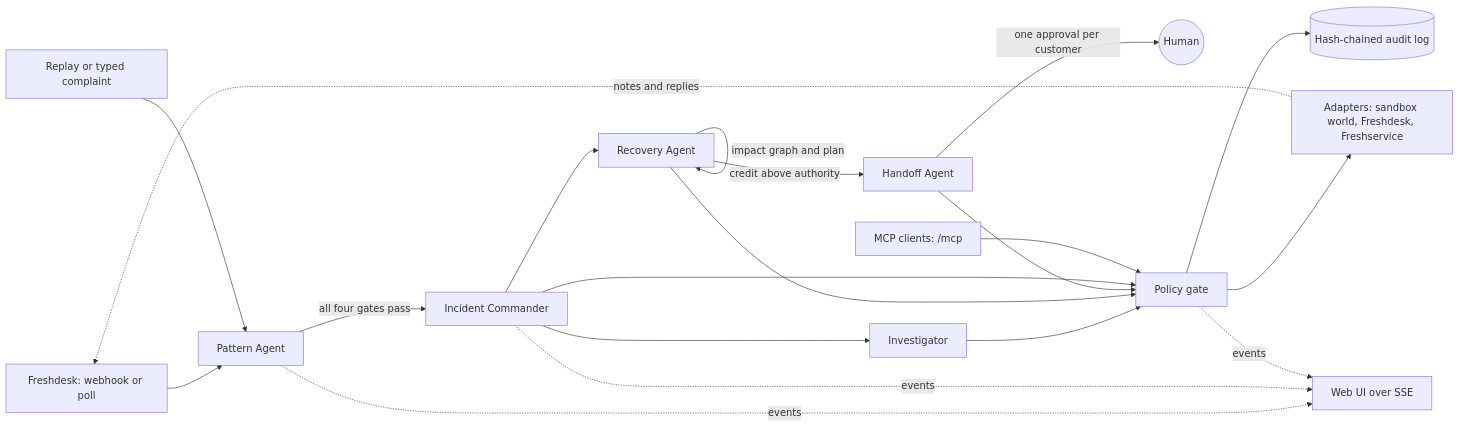
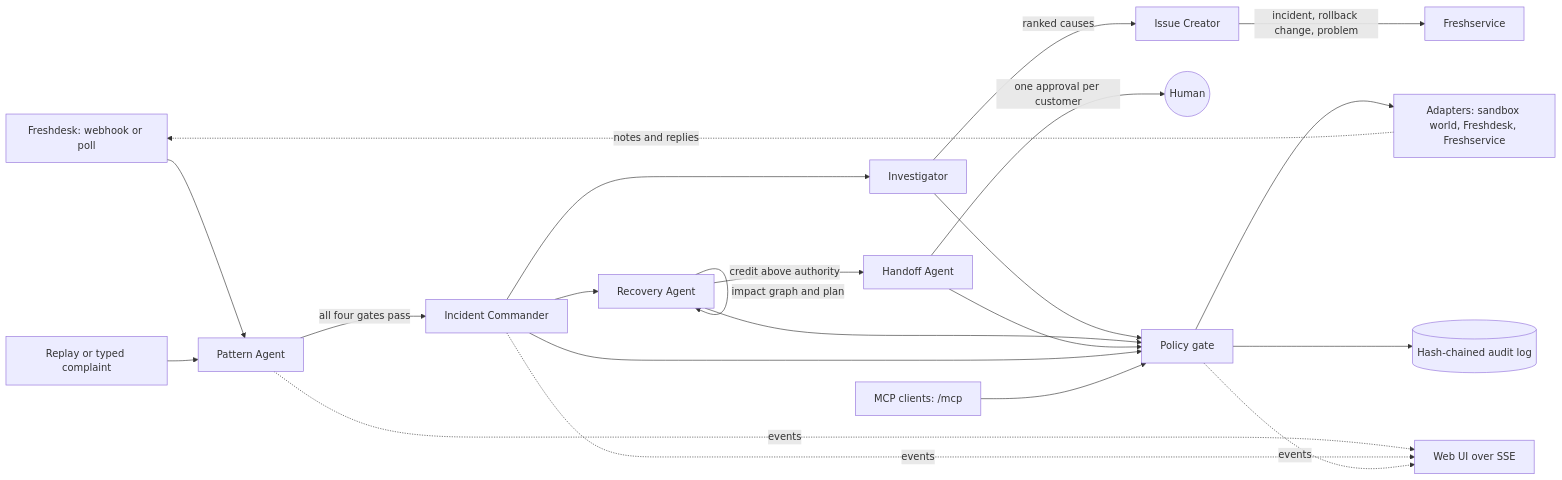
One commit to Sachin0496/crisiscrew changed the diagram in README.md. Above: the diagram before and after it, drawn with Mermaid. The commit also changed other lines of this file and 28 other files, not shown here.

First line of the commit message:
Issue Creator agent: file the engineering incident from the investigation's findings

````diff
--- a/README.md
+++ b/README.md
@@ -341,17 +350,19 @@
 ```mermaid
 flowchart LR
   FD[Freshdesk: webhook or poll] --> PA[Pattern Agent]
   RP[Replay or typed complaint] --> PA
   PA -- all four gates pass --> IC[Incident Commander]
   IC --> INV[Investigator]
+  INV -- ranked causes --> IS[Issue Creator]
+  IS -- incident, rollback change, problem --> FS[Freshservice]
   IC --> REC[Recovery Agent]
   REC -- impact graph and plan --> REC
   REC -- credit above authority --> HO[Handoff Agent]
   HO -- one approval per customer --> H((Human))
   INV & REC & HO & IC --> G[Policy gate]
   MCP[MCP clients: /mcp] --> G
   G --> A[Adapters: sandbox world, Freshdesk, Freshservice]
   G --> L[(Hash-chained audit log)]
   PA & IC & G -. events .-> UI[Web UI over SSE]
   A -. notes and replies .-> FD
 ```
````
